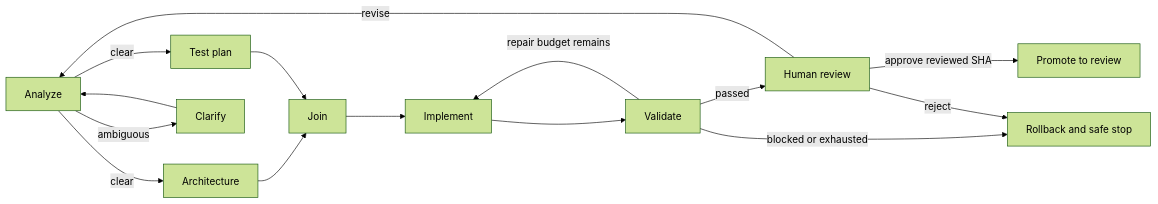
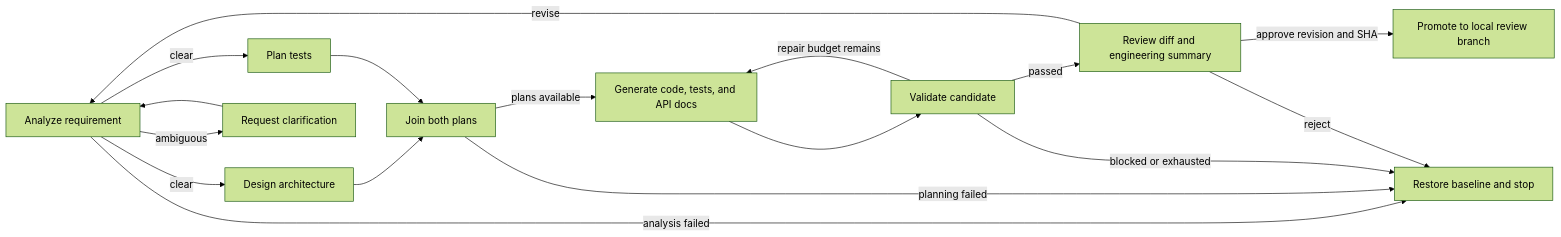
One commit to akshitsaini1/url-shortner changed the diagram in README.md. Above: the diagram before and after it, drawn with Mermaid (forest theme). The commit also changed other lines of this file and 6 other files, not shown here.

````diff
--- a/README.md
+++ b/README.md
@@ -76,17 +117,19 @@
 ```mermaid
 flowchart LR
-    A[Analyze] -->|clear| D[Architecture]
-    A -->|clear| T[Test plan]
-    A -->|ambiguous| C[Clarify]
+    A[Analyze requirement] -->|clear| D[Design architecture]
+    A -->|clear| T[Plan tests]
+    A -->|ambiguous| C[Request clarification]
+    A -->|analysis failed| S[Restore baseline and stop]
     C --> A
-    D --> J[Join]
+    D --> J[Join both plans]
     T --> J
-    J --> I[Implement]
-    I --> V[Validate]
+    J -->|plans available| I[Generate code, tests, and API docs]
+    J -->|planning failed| S
+    I --> V[Validate candidate]
     V -->|repair budget remains| I
-    V -->|passed| H[Human review]
-    V -->|blocked or exhausted| S[Rollback and safe stop]
-    H -->|approve reviewed SHA| P[Promote to review]
+    V -->|passed| H[Review diff and engineering summary]
+    V -->|blocked or exhausted| S
+    H -->|approve revision and SHA| P[Promote to local review branch]
     H -->|reject| S
     H -->|revise| A
 ```
````
